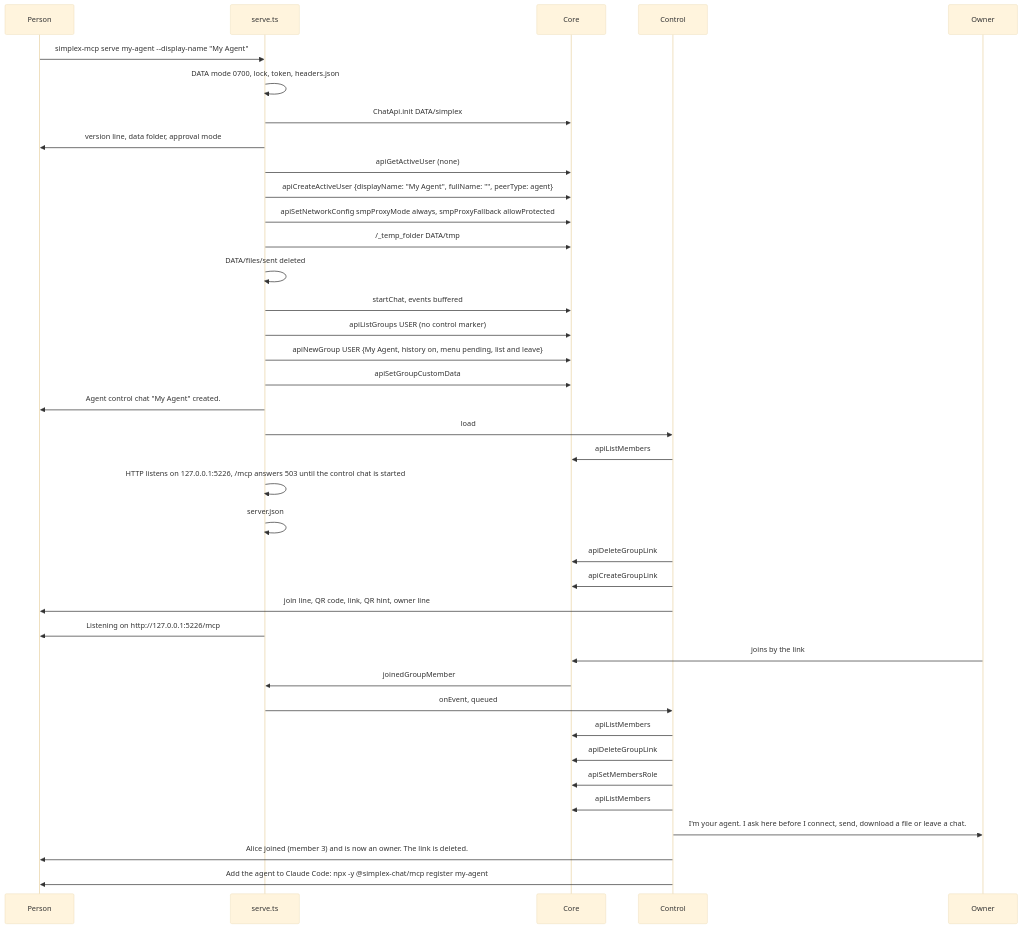
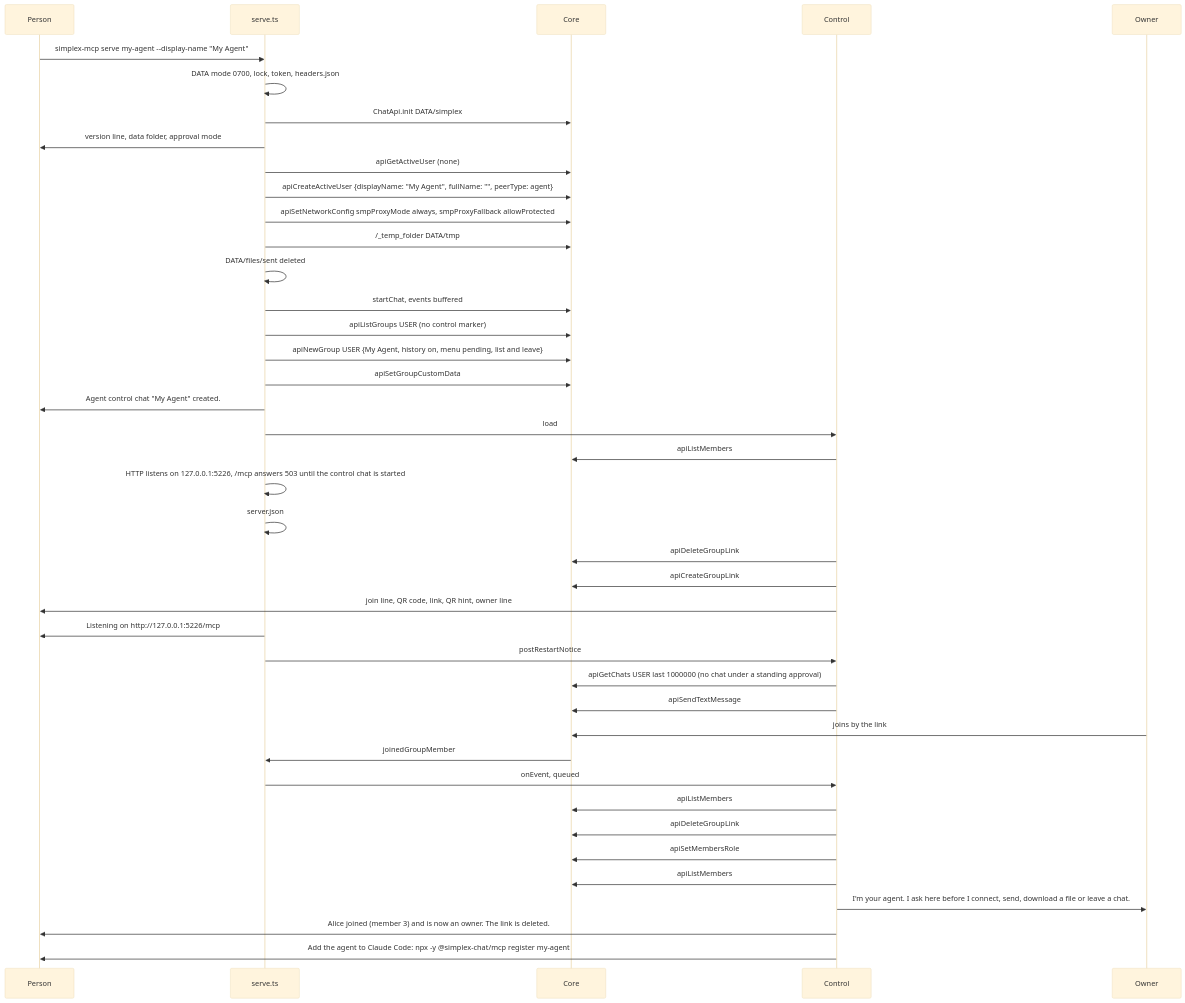
One commit to simplex-chat/simplex-chat changed the first of 17 diagrams in packages/simplex-chat-mcp/spec/flows.md. Above: the diagram before and after it, drawn with Mermaid (base theme). The commit also changed other lines of this file and 8 other files, not shown here.

Commit message:
docs: restart notice with the version and commit

````diff
--- a/packages/simplex-chat-mcp/spec/flows.md
+++ b/packages/simplex-chat-mcp/spec/flows.md
@@ -48,40 +49,43 @@
 ```mermaid
 sequenceDiagram
   participant P as Person
   participant S as serve.ts
   participant C as Core
   participant K as Control
   participant O as Owner
   P->>S: simplex-mcp serve my-agent --display-name "My Agent"
   S->>S: DATA mode 0700, lock, token, headers.json
   S->>C: ChatApi.init DATA/simplex
   S->>P: version line, data folder, approval mode
   S->>C: apiGetActiveUser (none)
   S->>C: apiCreateActiveUser {displayName: "My Agent", fullName: "", peerType: agent}
   S->>C: apiSetNetworkConfig smpProxyMode always, smpProxyFallback allowProtected
   S->>C: /_temp_folder DATA/tmp
   S->>S: DATA/files/sent deleted
   S->>C: startChat, events buffered
   S->>C: apiListGroups USER (no control marker)
   S->>C: apiNewGroup USER {My Agent, history on, menu pending, list and leave}
   S->>C: apiSetGroupCustomData #G {"simplexMcp":{"control":true,"nextAction":1}}
   S->>P: Agent control chat "My Agent" created.
   S->>K: load
   K->>C: apiListMembers #G
   S->>S: HTTP listens on 127.0.0.1:5226, /mcp answers 503 until the control chat is started
   S->>S: server.json
   K->>C: apiDeleteGroupLink #G (groupLinkNotFound ignored)
   K->>C: apiCreateGroupLink #G member
   K->>P: join line, QR code, link, QR hint, owner line
   S->>P: Listening on http://127.0.0.1:5226/mcp
+  S->>K: postRestartNotice
+  K->>C: apiGetChats USER last 1000000 (no chat under a standing approval)
+  K->>C: apiSendTextMessage #G "SimpleX MCP server VERSION started."
   O->>C: joins by the link
   C->>S: joinedGroupMember
   S->>K: onEvent, queued
   K->>C: apiListMembers #G
   K->>C: apiDeleteGroupLink #G
   K->>C: apiSetMembersRole #G [3] owner
   K->>C: apiListMembers #G
   K->>O: I'm your agent. I ask here before I connect, send, download a file or leave a chat.
   K->>P: Alice joined (member 3) and is now an owner. The link is deleted.
   K->>P: Add the agent to Claude Code: npx -y @simplex-chat/mcp register my-agent
 ```
````
